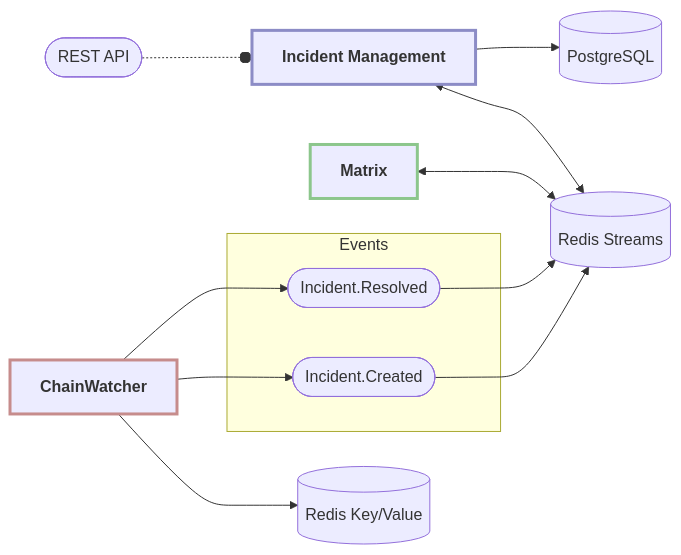
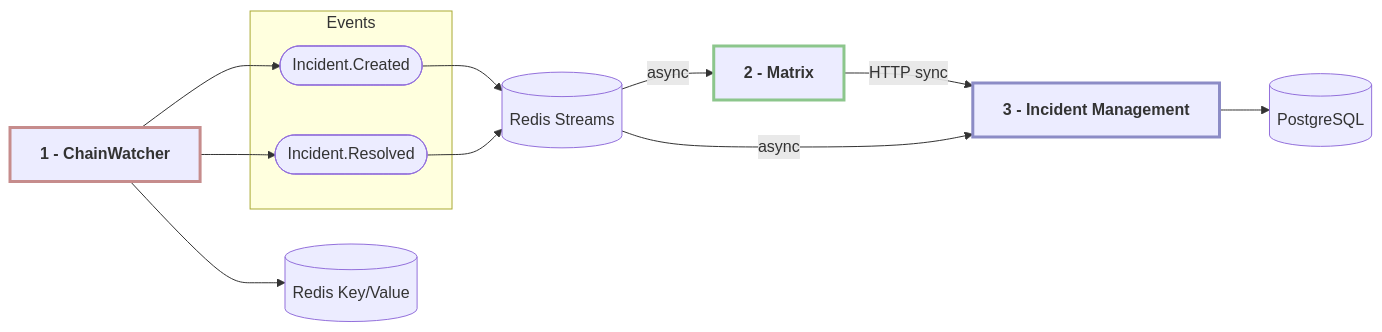
Before and after one commit to w3f/polguard: the diagram in README.md, drawn with Mermaid.

````diff
--- a/README.md
+++ b/README.md
@@ -18,27 +18,27 @@
 ```mermaid
 flowchart LR
-    CW[ChainWatcher]
-    M[Matrix]
-    IM[Incident Management]
+    CW[1 - ChainWatcher]
+    M[2 - Matrix]
+    IM[3 - Incident Management]
     RS[(Redis Streams)]
     RKV[(Redis Key/Value)]
     DB[(PostgreSQL)]
-    API([REST API])
+
     CW --> RKV
-    M <--> RS
-    IM <--> RS
+    M --> |HTTP sync| IM
+    RS --> |async| M
+    RS --> |async| IM
     IM --> DB
-    API -.-o IM
     subgraph Events
         IC([Incident.Created])
         IR([Incident.Resolved])
     end
     CW --> IC
     CW --> IR
     IC --> RS
     IR --> RS
 
     style CW stroke:#c68c8c,stroke-width:3px,font-weight:bold
     style M stroke:#8cc68c,stroke-width:3px,font-weight:bold
     style IM stroke:#8c8cc6,stroke-width:3px,font-weight:bold
 ```
````
